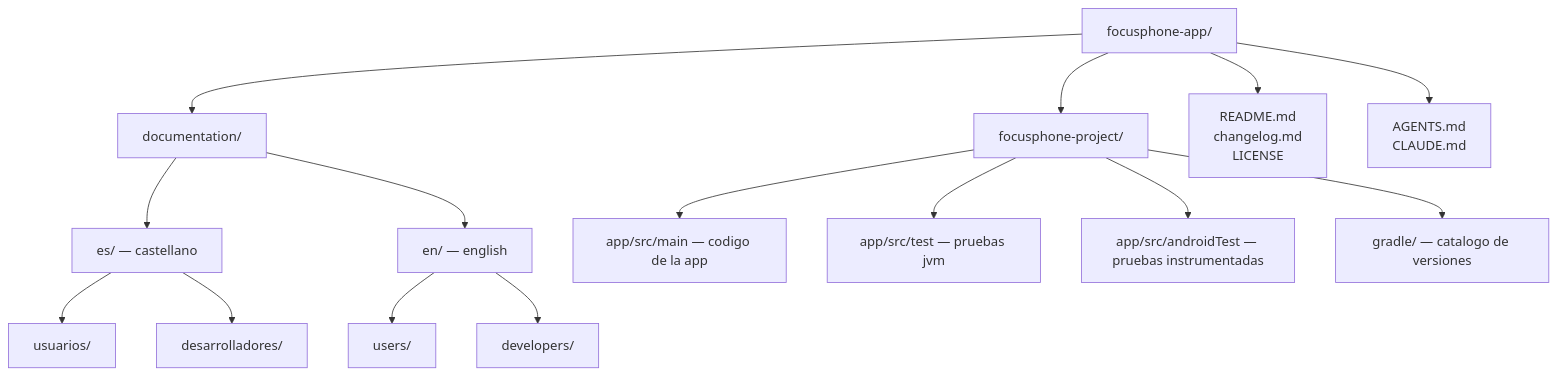
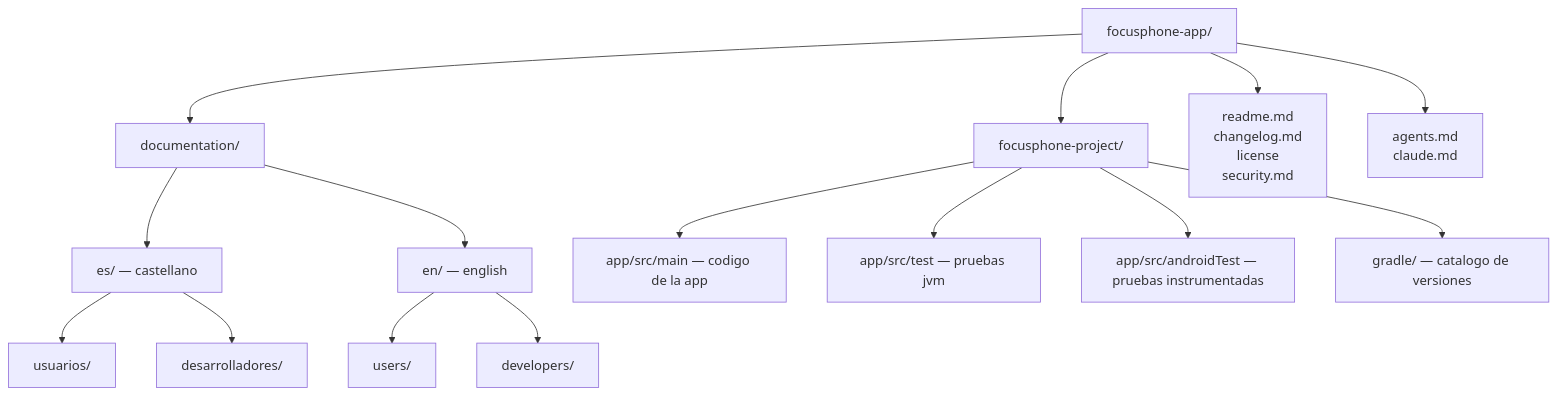
One commit to rezzt-dev/focusphone-app changed the diagram in documentation/README.md. Above: the diagram before and after it, drawn with Mermaid. The commit also changed other lines of this file and 14 other files, not shown here.

````diff
--- a/documentation/README.md
+++ b/documentation/README.md
@@ -107,19 +107,19 @@
 ```mermaid
 flowchart TD
     A["focusphone-app/"] --> B["documentation/"]
     A --> C["focusphone-project/"]
-    A --> D["README.md<br>changelog.md<br>LICENSE"]
-    A --> E["AGENTS.md<br>CLAUDE.md"]
+    A --> D["readme.md<br>changelog.md<br>license<br>security.md"]
+    A --> E["agents.md<br>claude.md"]
 
     B --> B1["es/ — castellano"]
     B --> B2["en/ — english"]
     B1 --> B3["usuarios/"]
     B1 --> B4["desarrolladores/"]
     B2 --> B5["users/"]
     B2 --> B6["developers/"]
 
     C --> C1["app/src/main — codigo de la app"]
     C --> C2["app/src/test — pruebas jvm"]
     C --> C3["app/src/androidTest — pruebas instrumentadas"]
     C --> C4["gradle/ — catalogo de versiones"]
 ```
````
